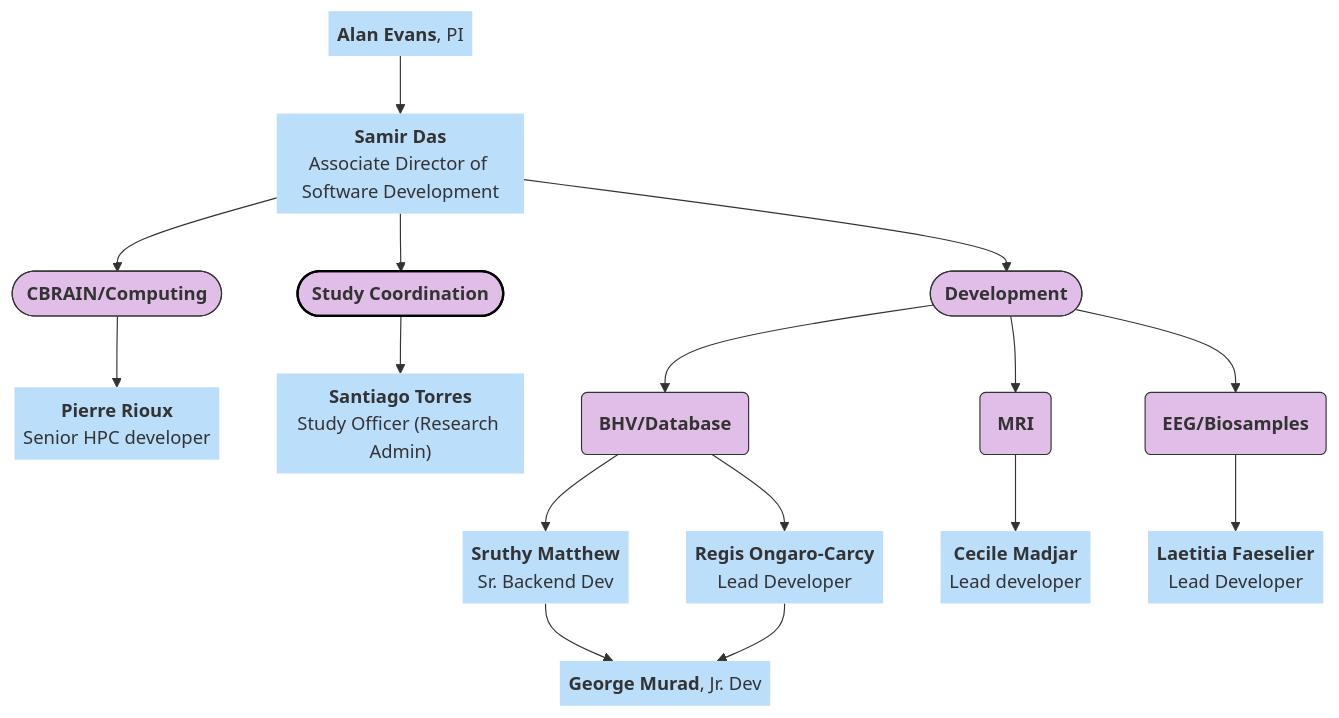
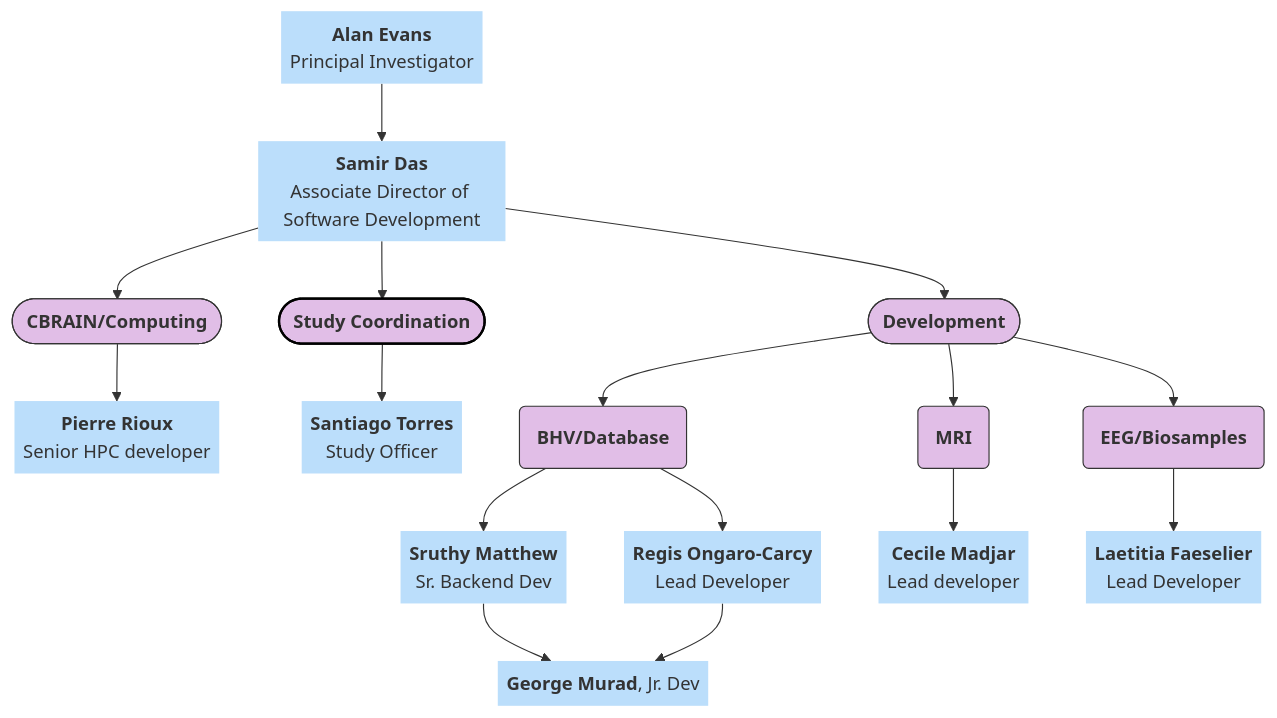
The second of 10 diagrams in docs/orgcharts.md (DCAN-Labs/hbcd-docs-internal), drawn with Mermaid before and after one commit. The commit also changed other lines of this file, not shown here.

````diff
--- a/docs/orgcharts.md
+++ b/docs/orgcharts.md
@@ -130,51 +61,53 @@
 ```mermaid
 ---
 config:
   layout: dagre
 ---
 flowchart TB
-    A["<b>Alan Evans</b>, PI"] --> nl["<b>Samir Das</b><br>Associate Director of Software Development"]
+    A["<b>Alan Evans</b><br>Principal Investigator"] --> nl["<b>Samir Das</b><br>Associate Director of Software Development"]
     nl --> n9(["<b>Study Coordination</b>"]) & C(["<b>CBRAIN/Computing</b><br>"]) & B(["<b>Development</b>"])
     C --> D["<b>Pierre Rioux</b><br>Senior HPC developer"]
-    n9 --> E["<b>Santiago Torres</b><br>Study Officer (Research Admin)"]
+    n9 --> E["<b>Santiago Torres</b><br>Study Officer"]
     B --> F["<b>BHV/Database</b>"] & H["<b>EEG/Biosamples</b>"] & G["<b>MRI</b>"]
     F --> I["<b>Regis Ongaro-Carcy</b><br>Lead Developer"] & n10["<b>Sruthy Matthew</b><br>Sr. Backend Dev"]
     G --> L["<b>Cecile Madjar</b><br>Lead developer"]
     H --> M["<b>Laetitia Faeselier</b><br>Lead Developer"]
     n10 --> n11["<b>George Murad</b>, Jr. Dev"]
     I --> n11
     A@{ shape: text}
     nl@{ shape: text}
     D@{ shape: text}
     E@{ shape: text}
     F@{ shape: rounded}
     H@{ shape: rounded}
     G@{ shape: rounded}
     I@{ shape: text}
     n10@{ shape: text}
     L@{ shape: text}
     M@{ shape: text}
     n11@{ shape: text}
     style A stroke:#000000,fill:#BBDEFB
     style nl stroke:#000000,fill:#BBDEFB
     style n9 stroke:#000000,fill:#E1BEE7,stroke-width:2px,stroke-dasharray: 0
     style C stroke:#333,fill:#E1BEE7
     style B stroke:#333,fill:#E1BEE7
     style D stroke:#333,fill:#BBDEFB
     style E stroke:#333,fill:#BBDEFB
     style F stroke:#333,fill:#E1BEE7
     style H stroke:#333,fill:#E1BEE7
     style G stroke:#333,fill:#E1BEE7
     style I stroke:#333,fill:#BBDEFB
     style n10 fill:#BBDEFB
     style L stroke:#000000,fill:#BBDEFB
     style M fill:#BBDEFB,stroke:#000000
     style n11 fill:#BBDEFB
     click A "#evans"
     click nl "#das"
     click D "#rioux"
     click E "#torres"
-    click I "#bhv-database"
+    click n10 "#matthew"
+    click I "#ontaro-carcy"
+    click n10 "#murad"
     click L "#madjar"
     click M "#faeselier"
 ```
````
